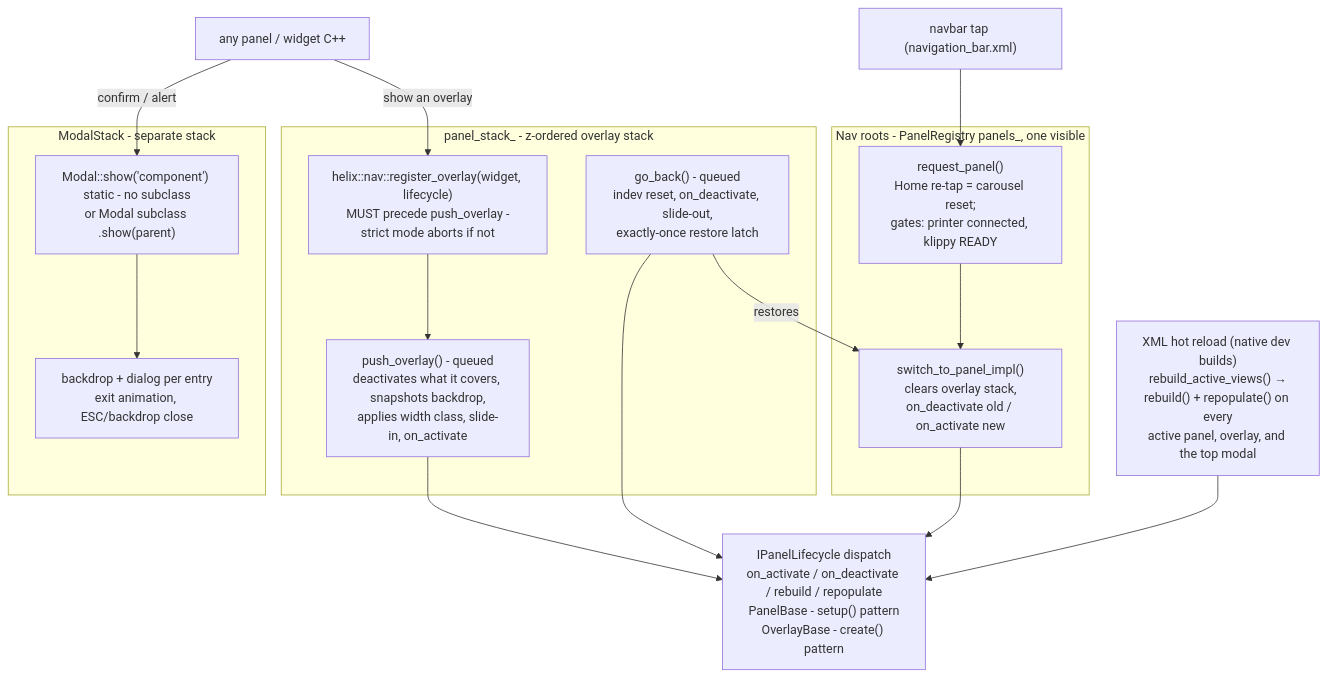
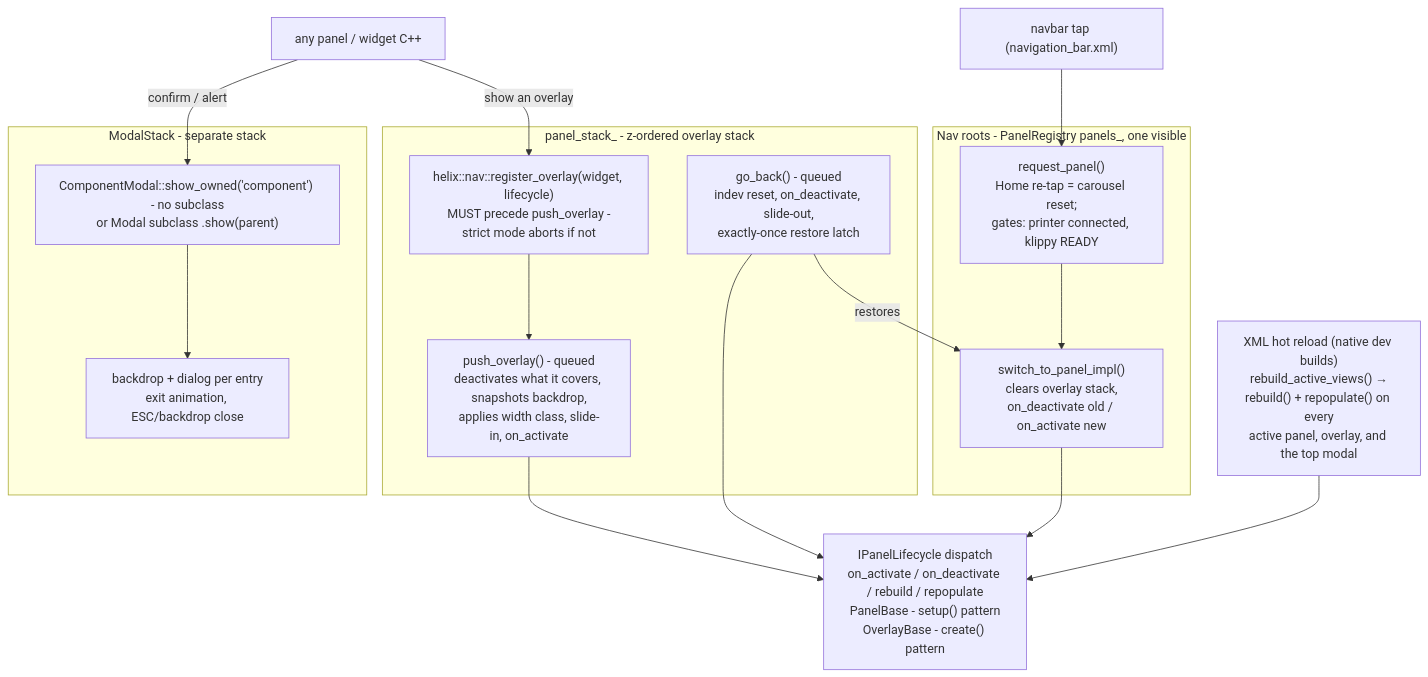
Before and after one commit to prestonbrown/helixscreen: the diagram in docs/devel/architecture/08-panels-navigation.md, drawn with Mermaid. The commit also changed other lines of this file and 7 other files, not shown here.

First line of the commit message:
refactor(modal): refuse the bare Modal::show factory in app code (prestonbrown/helixscreen#1958)

````diff
--- a/docs/devel/architecture/08-panels-navigation.md
+++ b/docs/devel/architecture/08-panels-navigation.md
@@ -20,34 +20,34 @@
 ```mermaid
 flowchart TB
     NAV["navbar tap (navigation_bar.xml)"]
 
     subgraph ROOTS["Nav roots - PanelRegistry panels_, one visible"]
         RP["request_panel()<br/>Home re-tap = carousel reset;<br/>gates: printer connected, klippy READY"]
         SWITCH["switch_to_panel_impl()<br/>clears overlay stack,<br/>on_deactivate old / on_activate new"]
     end
 
     subgraph STACK["panel_stack_ - z-ordered overlay stack"]
         kReg["helix::nav::register_overlay(widget, lifecycle)<br/>MUST precede push_overlay -<br/>strict mode aborts if not"]
         PUSH["push_overlay() - queued<br/>deactivates what it covers, snapshots backdrop,<br/>applies width class, slide-in, on_activate"]
         BACK["go_back() - queued<br/>indev reset, on_deactivate, slide-out,<br/>exactly-once restore latch"]
     end
 
     subgraph MODALS["ModalStack - separate stack"]
-        MSHOW["Modal::show('component') static - no subclass<br/>or Modal subclass .show(parent)"]
+        MSHOW["ComponentModal::show_owned('component') - no subclass<br/>or Modal subclass .show(parent)"]
         MSTACK["backdrop + dialog per entry<br/>exit animation, ESC/backdrop close"]
     end
 
     LIFE["IPanelLifecycle dispatch<br/>on_activate / on_deactivate / rebuild / repopulate<br/>PanelBase - setup() pattern<br/>OverlayBase - create() pattern"]
 
     HOT["XML hot reload (native dev builds)<br/>rebuild_active_views() →<br/>rebuild() + repopulate() on every<br/>active panel, overlay, and the top modal"]
 
     NAV --> RP
     RP --> SWITCH
     UI["any panel / widget C++"] -->|"show an overlay"| kReg --> PUSH
     UI -->|"confirm / alert"| MSHOW --> MSTACK
     BACK -->|"restores"| SWITCH
     PUSH --> LIFE
     BACK --> LIFE
     SWITCH --> LIFE
     HOT --> LIFE
 ```
````
